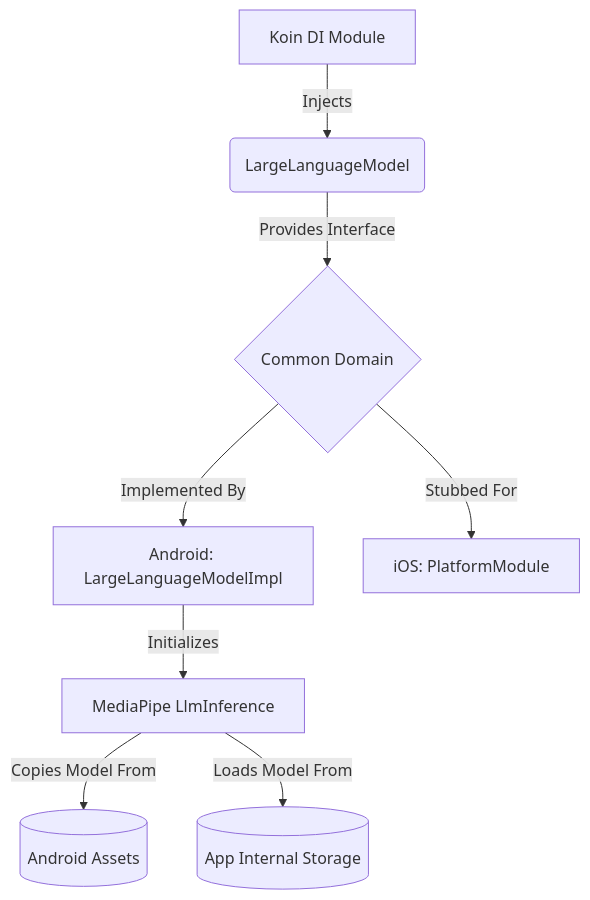
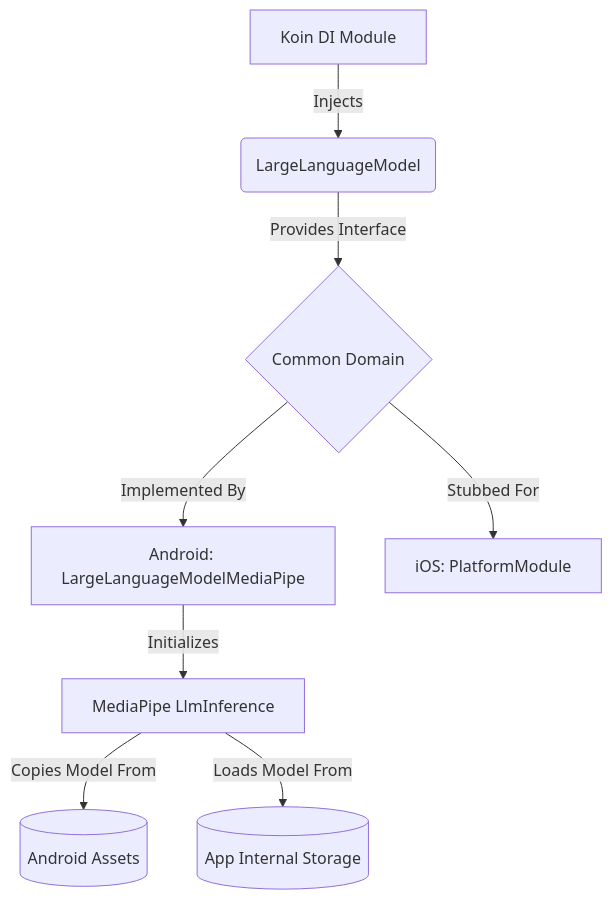
Before and after one commit to AdrianoCelentano/Journey: the diagram in docs/MediaPipe_Integration.md, drawn with Mermaid. The commit also changed other lines of this file and 5 other files, not shown here.

Commit message:
Apply PR feedback: rename to LargeLanguageModelMediaPipe, inject dispatcher, restrict context

````diff
--- a/docs/MediaPipe_Integration.md
+++ b/docs/MediaPipe_Integration.md
@@ -22,12 +22,12 @@
 ```mermaid
 graph TD
     A[Koin DI Module] -->|Injects| B(LargeLanguageModel)
     B -->|Provides Interface| C{Common Domain}
     
-    C -->|Implemented By| D[Android: LargeLanguageModelImpl]
+    C -->|Implemented By| D[Android: LargeLanguageModelMediaPipe]
     C -->|Stubbed For| E[iOS: PlatformModule]
     
     D -->|Initializes| F[MediaPipe LlmInference]
     F -->|Copies Model From| G[(Android Assets)]
     F -->|Loads Model From| H[(App Internal Storage)]
 ```
````
